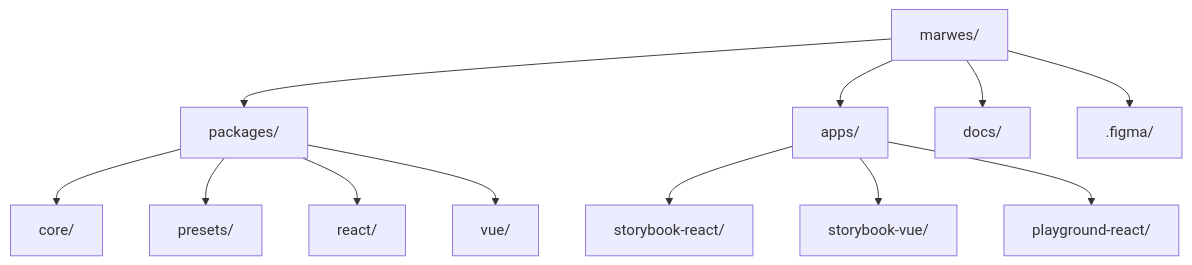
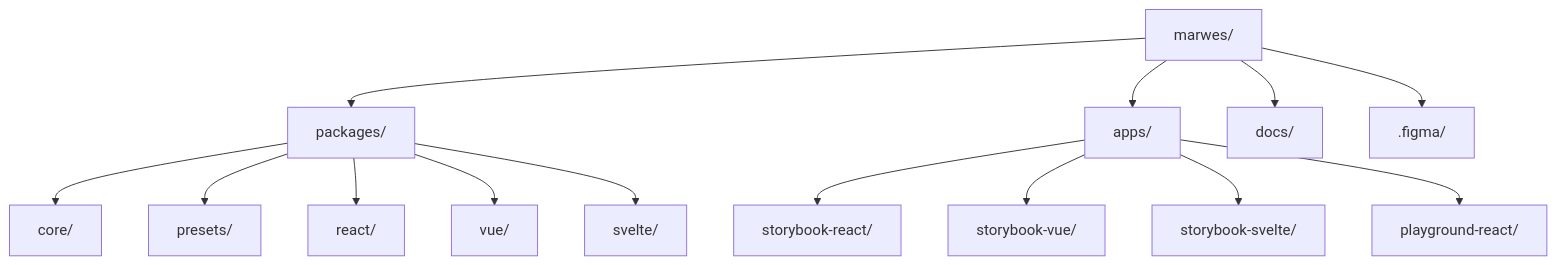
One commit to niklas-westman/marwes changed the third of 5 diagrams in docs/reference/architecture.md. Above: the diagram before and after it, drawn with Mermaid. The commit also changed other lines of this file and 947 other files, not shown here.

````diff
--- a/docs/reference/architecture.md
+++ b/docs/reference/architecture.md
@@ -120,17 +124,19 @@
 ```mermaid
 graph TD
   Root["marwes/"]
   Root --> Packages["packages/"]
   Root --> Apps["apps/"]
   Root --> Docs["docs/"]
   Root --> Figma[".figma/"]
 
   Packages --> Core["core/"]
   Packages --> Presets["presets/"]
   Packages --> React["react/"]
   Packages --> Vue["vue/"]
+  Packages --> Svelte["svelte/"]
 
   Apps --> StorybookReact["storybook-react/"]
   Apps --> StorybookVue["storybook-vue/"]
+  Apps --> StorybookSvelte["storybook-svelte/"]
   Apps --> PlaygroundReact["playground-react/"]
 ```
````
